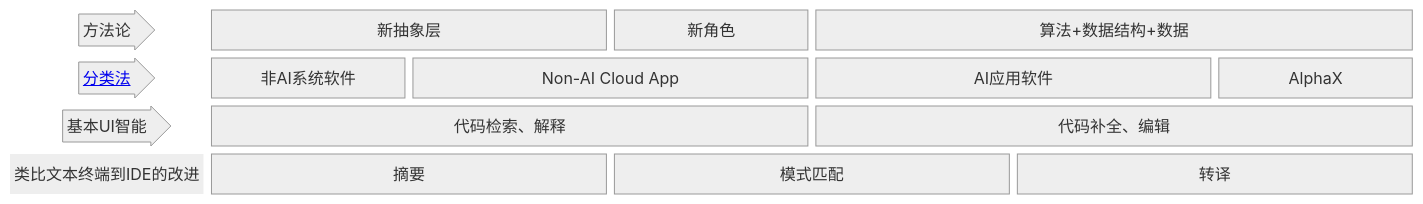
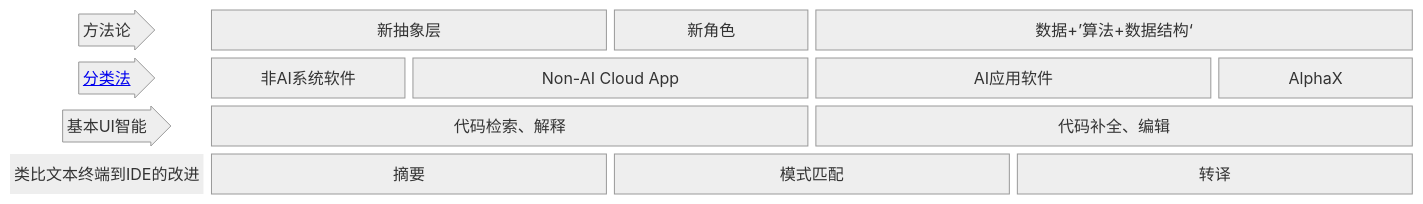
One commit to AI-LLM/ai4se_white_paper changed the diagram in README.md. Above: the diagram before and after it, drawn with Mermaid (neutral theme).

````diff
--- a/README.md
+++ b/README.md
@@ -4,22 +4,22 @@
 ```mermaid
 block-beta
   columns 7
 
     A<["方法论"]>(right):1
     B1["新抽象层"]:2
     B2["新角色"]:1
-    C["算法+数据结构+数据"]:3
+    C["数据+’算法+数据结构‘"]:3
     D<["<a href='https://ai-llm.github.io/ai4se_white_paper/taxonomy/index.html'>分类法</a>"]>(right)
     E2["非AI系统软件"]:1
     E1["Non-AI Cloud App"]:2
     F1["AI应用软件"]:2
     F2["AlphaX"]:1
     G<["基本UI智能"]>(right):1
     H["代码检索、解释"]:3
     I["代码补全、编辑"]:3
     comment1["类比文本终端到IDE的改进"]
     style comment1 fill:rgb(0,0,0,0),stroke:rgb(0,0,0,0),stroke-width:0
     K["摘要"]:2
     J["模式匹配"]:2
     L["转译"]:2
 ```
````
